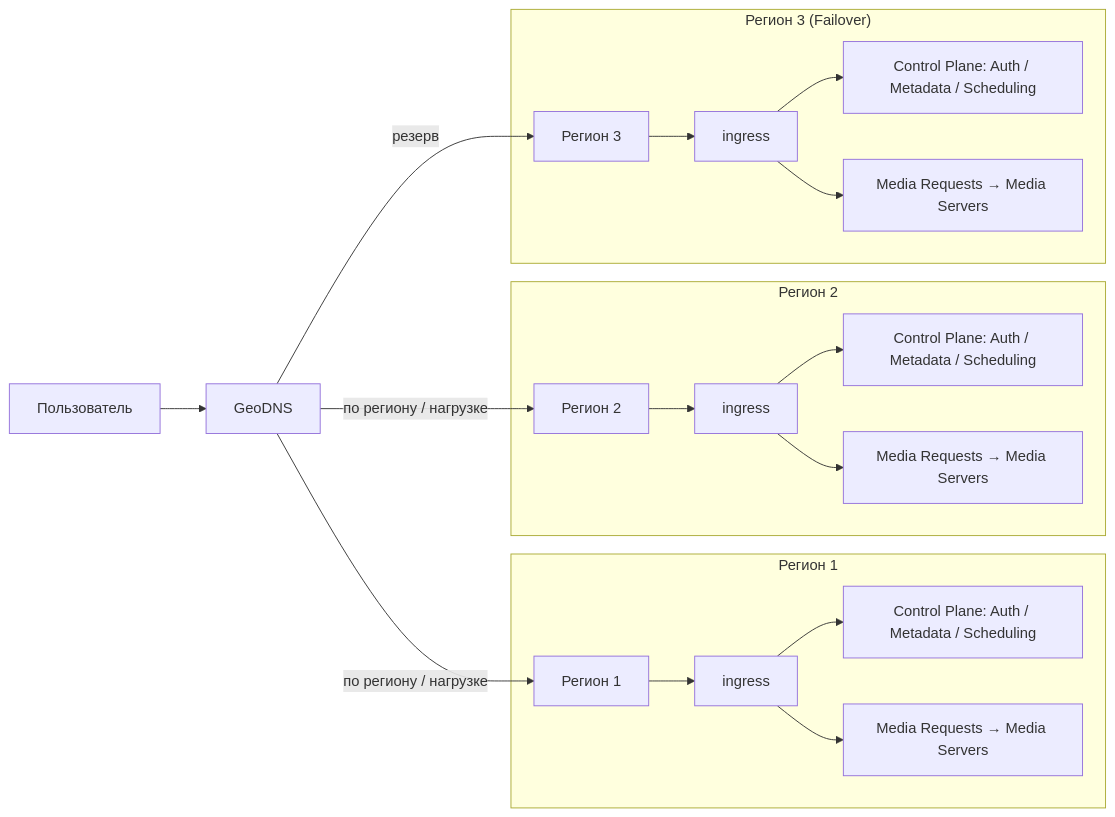
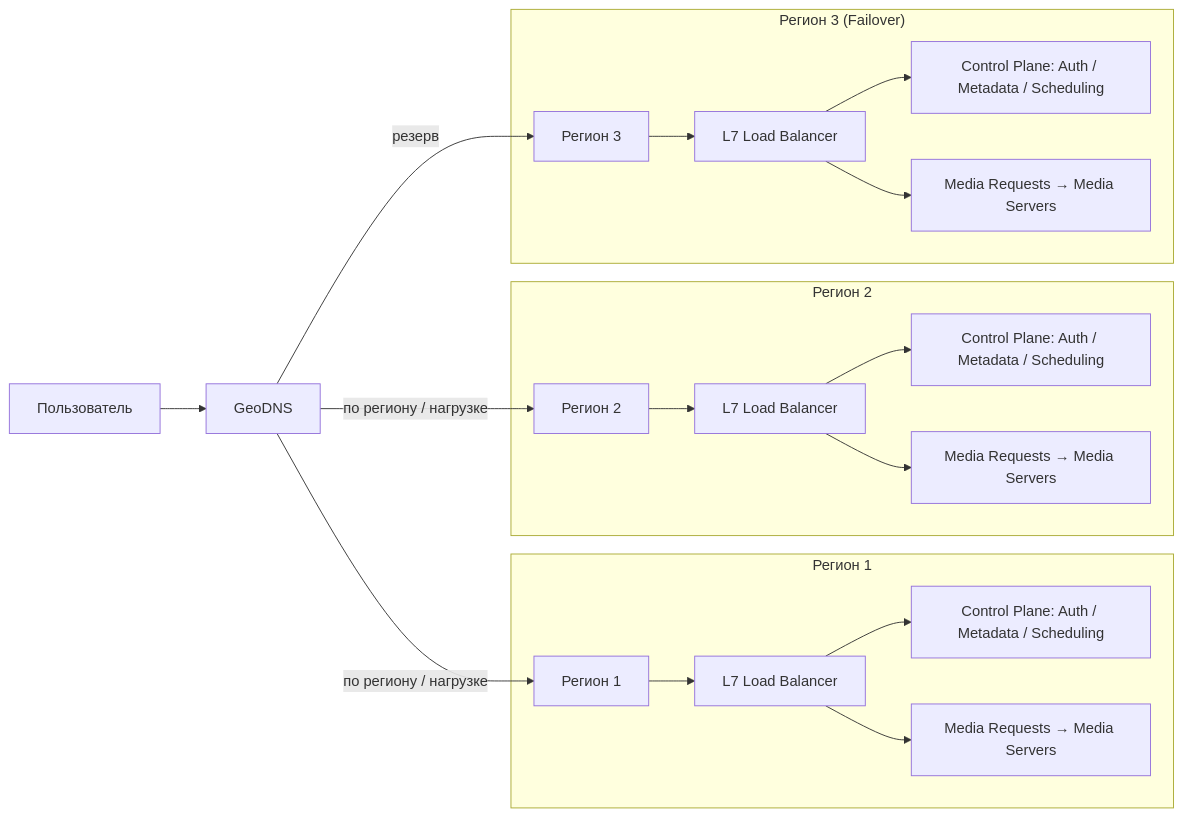
One commit to onionfriend2004/Highload_VK_Coursework changed the second of 3 diagrams in README.md. Above: the diagram before and after it, drawn with Mermaid. The commit also changed other lines of this file and 1 other file, not shown here.

````diff
--- a/README.md
+++ b/README.md
@@ -330,28 +332,28 @@
 ```mermaid
 flowchart LR
     U[Пользователь] --> D[GeoDNS]
     D -->|по региону / нагрузке| R1[Регион 1]
     D -->|по региону / нагрузке| R2[Регион 2]
     D -->|резерв| R3[Регион 3]
 
     %% Регион 1
     subgraph "Регион 1"
-        R1 --> In1[ingress]
+        R1 --> In1[L7 Load Balancer]
         In1 --> CP1[Control Plane: Auth / Metadata / Scheduling]
         In1 --> Media1[Media Requests → Media Servers]
     end
 
     %% Регион 2
     subgraph "Регион 2"
-        R2 --> In2[ingress]
+        R2 --> In2[L7 Load Balancer]
         In2 --> CP2[Control Plane: Auth / Metadata / Scheduling]
         In2 --> Media2[Media Requests → Media Servers]
     end
 
     %% Регион 3 (Failover)
     subgraph "Регион 3 (Failover)"
-        R3 --> In3[ingress]
+        R3 --> In3[L7 Load Balancer]
         In3 --> CP3[Control Plane: Auth / Metadata / Scheduling]
         In3 --> Media3[Media Requests → Media Servers]
     end
 ```
````
